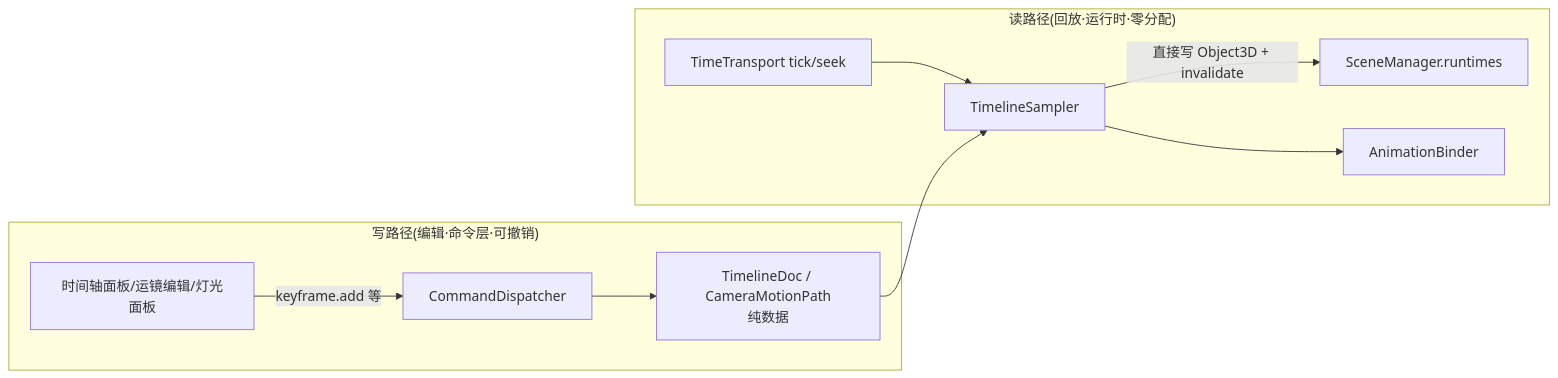
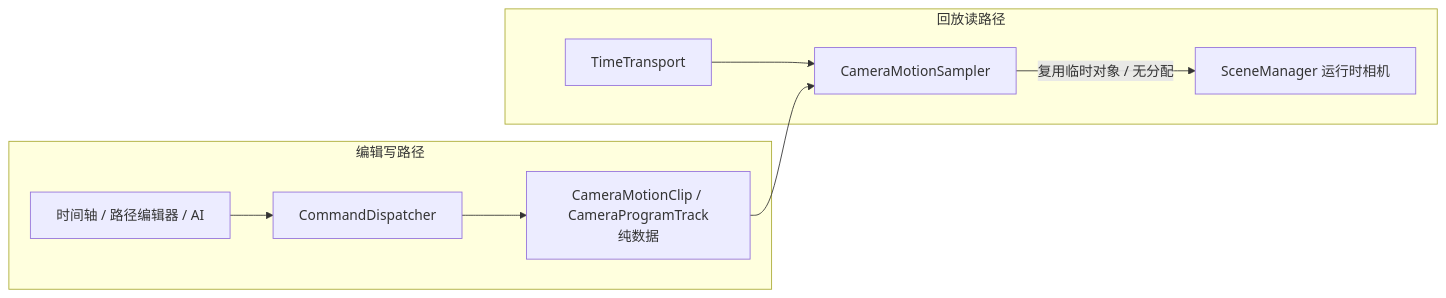
The second of 3 diagrams in docs/phase2-design.md (amwyygyuge/3d-director-desk), drawn with Mermaid before and after one commit. The commit also changed other lines of this file, not shown here.

Commit message:
docs: define camera motion architecture

````diff
--- a/docs/phase2-design.md
+++ b/docs/phase2-design.md
@@ -26,13 +43,12 @@
 ```mermaid
 flowchart LR
-    subgraph 写路径["写路径(编辑·命令层·可撤销)"]
-        UI[时间轴面板/运镜编辑/灯光面板] -->|keyframe.add 等| CMD[CommandDispatcher]
-        CMD --> DOC[TimelineDoc / CameraMotionPath<br/>纯数据]
+    subgraph Write[编辑写路径]
+        UI[时间轴 / 路径编辑器 / AI] --> CMD[CommandDispatcher]
+        CMD --> DOC[CameraMotionClip / CameraProgramTrack<br/>纯数据]
     end
-    subgraph 读路径["读路径(回放·运行时·零分配)"]
-        TT[TimeTransport tick/seek] --> TS[TimelineSampler]
-        TS -->|直接写 Object3D + invalidate| RT[SceneManager.runtimes]
-        TS --> AB[AnimationBinder]
+    subgraph Read[回放读路径]
+        Clock[TimeTransport] --> Sampler[CameraMotionSampler]
+        DOC --> Sampler
+        Sampler -->|复用临时对象 / 无分配| Runtime[SceneManager 运行时相机]
     end
-    DOC --> TS
 ```
````
